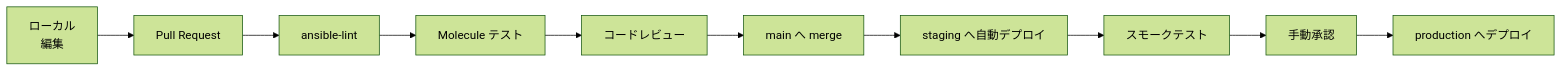
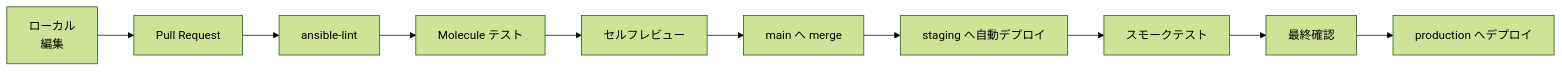
One commit to ns7jp/ns7jp changed the diagram in docs/server-monitor-improvements/02-ansible-automation.md. Above: the diagram before and after it, drawn with Mermaid (forest theme). The commit also changed other lines of this file and 21 other files, not shown here.

````diff
--- a/docs/server-monitor-improvements/02-ansible-automation.md
+++ b/docs/server-monitor-improvements/02-ansible-automation.md
@@ -238,12 +238,12 @@
 ```mermaid
 flowchart LR
     Dev[ローカル<br/>編集] --> PR[Pull Request]
     PR --> Lint[ansible-lint]
     Lint --> Mole[Molecule テスト]
-    Mole --> Review[コードレビュー]
+    Mole --> Review[セルフレビュー]
     Review --> Merge[main へ merge]
     Merge --> Stg[staging へ自動デプロイ]
     Stg --> Smoke[スモークテスト]
-    Smoke --> Manual[手動承認]
+    Smoke --> Manual[最終確認]
     Manual --> Prod[production へデプロイ]
 ```
````
